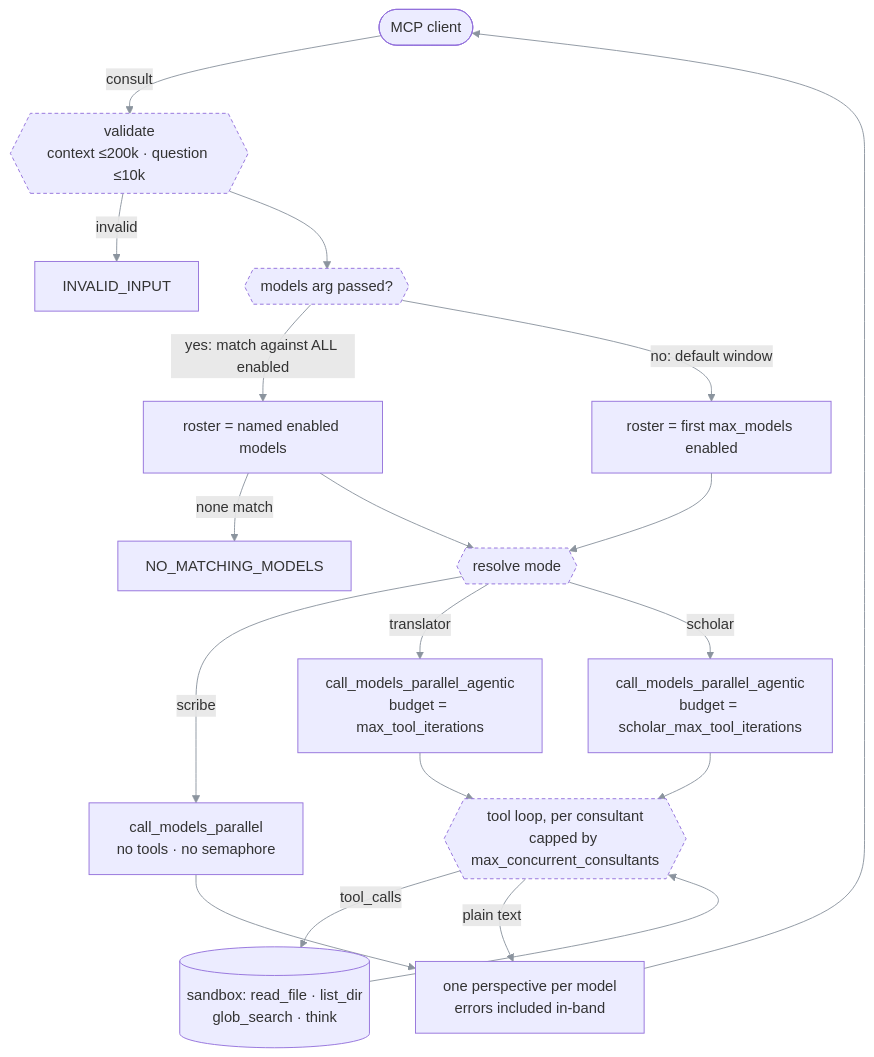
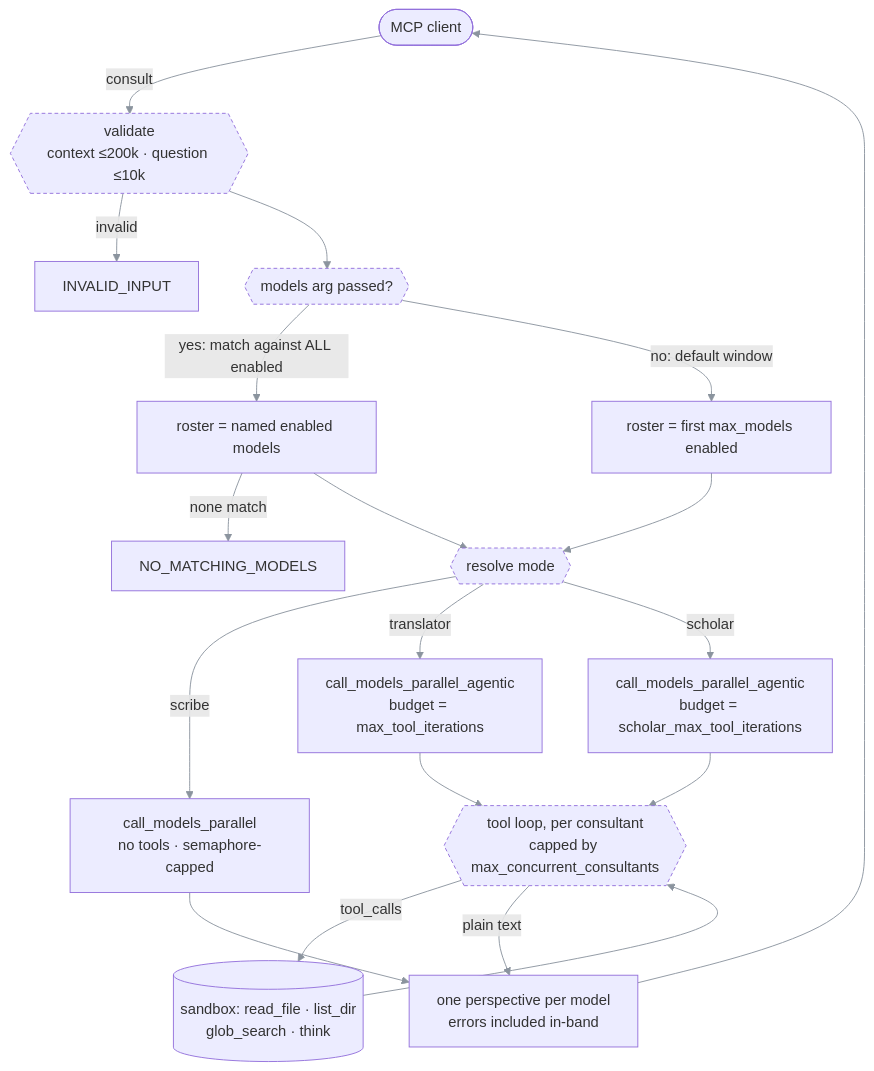
Before and after one commit to EzzoHamdan/house-of-wisdom-mcp: the diagram in README.md, drawn with Mermaid. The commit also changed other lines of this file and 1 other file, not shown here.

````diff
--- a/README.md
+++ b/README.md
@@ -221,26 +221,26 @@
 ```mermaid
 %%{init: {'themeVariables': {'lineColor': '#8b949e'}}}%%
 flowchart TD
     C([MCP client]) -->|consult| V{{"validate<br/>context ≤200k · question ≤10k"}}
     V -->|invalid| E1["INVALID_INPUT"]
     V --> S{{"models arg passed?"}}
     S -->|"yes: match against ALL enabled"| R1["roster = named enabled models"]
     S -->|"no: default window"| R2["roster = first max_models enabled"]
     R1 -->|none match| E2["NO_MATCHING_MODELS"]
     R1 --> M{{"resolve mode"}}
     R2 --> M
-    M -->|scribe| P["call_models_parallel<br/>no tools · no semaphore"]
+    M -->|scribe| P["call_models_parallel<br/>no tools · semaphore-capped"]
     M -->|translator| A["call_models_parallel_agentic<br/>budget = max_tool_iterations"]
     M -->|scholar| A2["call_models_parallel_agentic<br/>budget = scholar_max_tool_iterations"]
     A --> L
     A2 --> L
     L{{"tool loop, per consultant<br/>capped by max_concurrent_consultants"}}
     L -->|tool_calls| T[("sandbox: read_file · list_dir<br/>glob_search · think")]
     T --> L
     L -->|plain text| O["one perspective per model<br/>errors included in-band"]
     P --> O
     O --> C
 
     classDef gate stroke-dasharray:4 3;
     class V,S,M,L gate;
 ```
````
